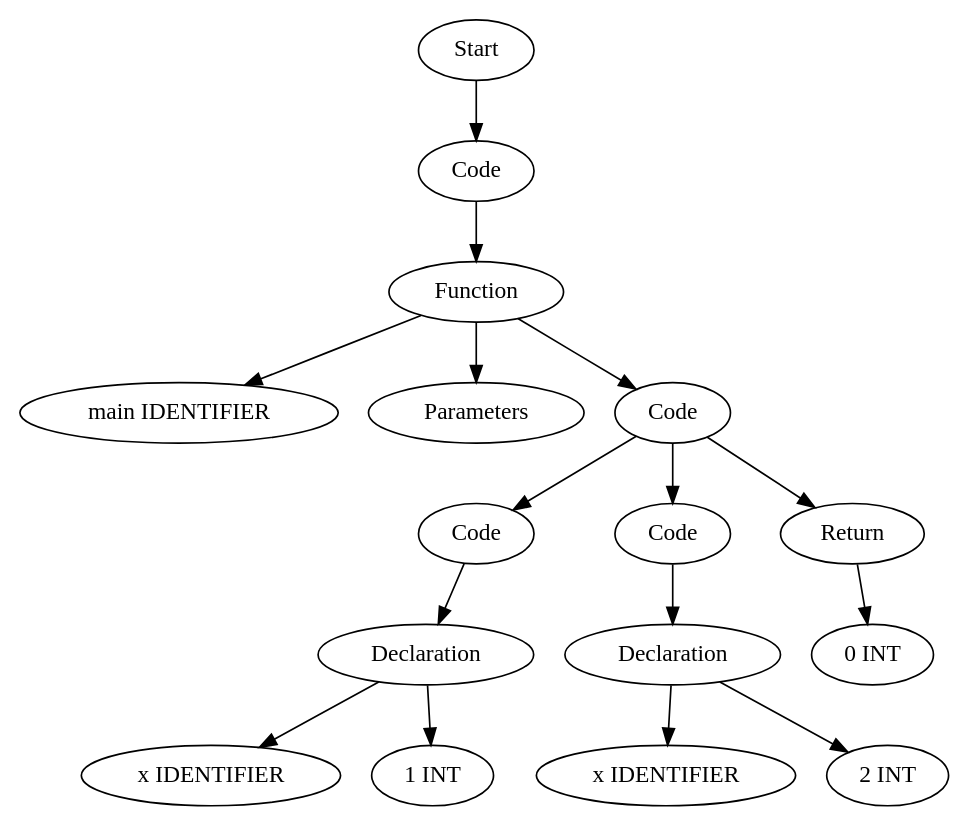
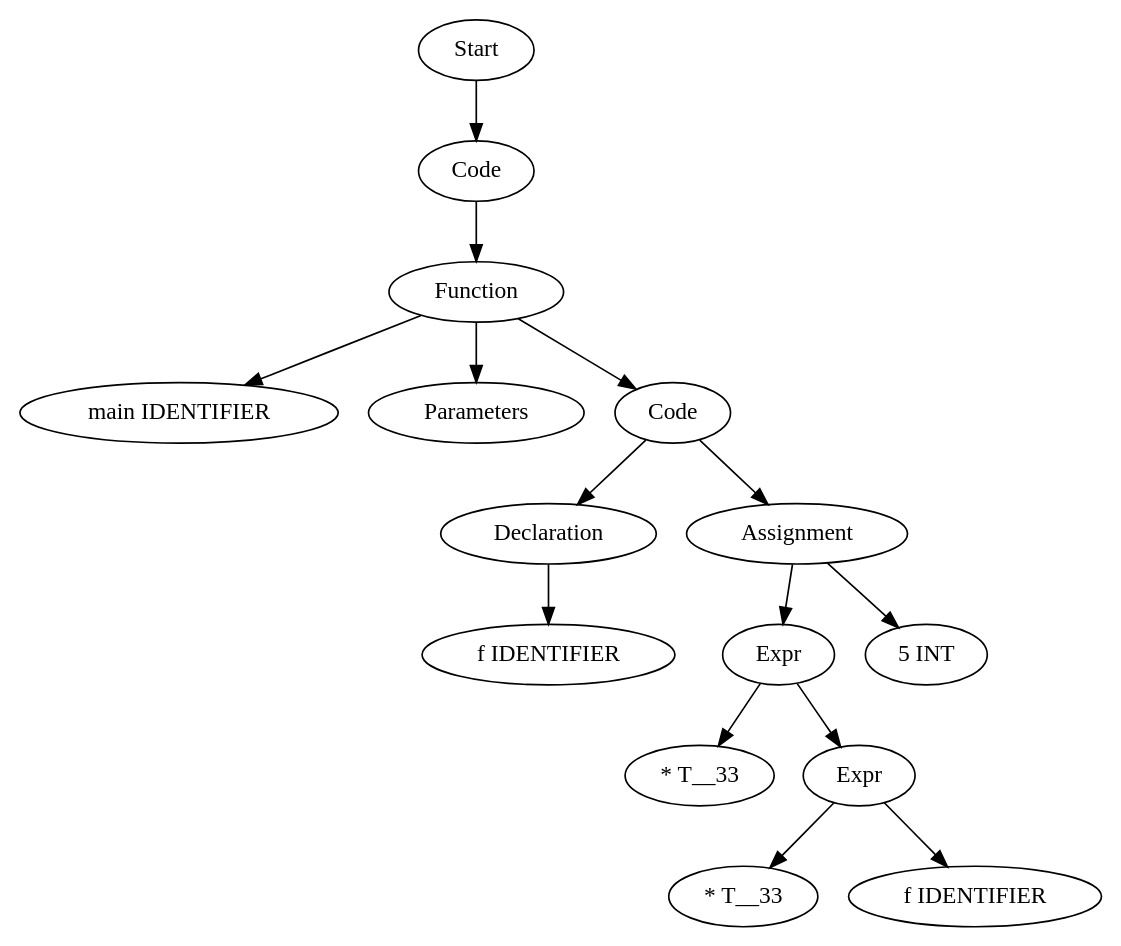
The diagram in TestCases/ASTTests/SemanticErrorsTests/createTests/read_file_before.dot (Are-you-listening/Compilers), drawn with Graphviz before and after one commit. The commit also changed 152 other files, not shown here.

```diff
--- a/TestCases/ASTTests/SemanticErrorsTests/createTests/read_file_before.dot
+++ b/TestCases/ASTTests/SemanticErrorsTests/createTests/read_file_before.dot
@@ -1,33 +1,31 @@
 digraph AST {
-  "126076286376000" [label="Start"];
-  "126076286376000" -> "126076286382048";
-  "126076286382048" [label="Code"];
-  "126076286382048" -> "126076286385024";
-  "126076286385024" [label="Function"];
-  "126076286385024" -> "126076286384832";
-  "126076286385024" -> "126076286386032";
-  "126076286385024" -> "126076286375280";
-  "126076286384832" [label="main IDENTIFIER"];
-  "126076286386032" [label="Parameters"];
-  "126076286375280" [label="Code"];
-  "126076286375280" -> "126076286385360";
-  "126076286375280" -> "126076286384592";
-  "126076286375280" -> "126076286435776";
-  "126076286385360" [label="Code"];
-  "126076286385360" -> "126076286384352";
-  "126076286384352" [label="Declaration"];
-  "126076286384352" -> "126076286385504";
-  "126076286384352" -> "126076286437744";
-  "126076286385504" [label="x IDENTIFIER"];
-  "126076286437744" [label="1 INT"];
-  "126076286384592" [label="Code"];
-  "126076286384592" -> "126076286435392";
-  "126076286435392" [label="Declaration"];
-  "126076286435392" -> "126076286435440";
-  "126076286435392" -> "126076286439424";
-  "126076286435440" [label="x IDENTIFIER"];
-  "126076286439424" [label="2 INT"];
-  "126076286435776" [label="Return"];
-  "126076286435776" -> "126076286435536";
-  "126076286435536" [label="0 INT"];
+  "133795317442464" [label="Start"];
+  "133795317442464" -> "133795317447696";
+  "133795317447696" [label="Code"];
+  "133795317447696" -> "133795317445104";
+  "133795317445104" [label="Function"];
+  "133795317445104" -> "133795317437328";
+  "133795317445104" -> "133795317438624";
+  "133795317445104" -> "133795317442272";
+  "133795317437328" [label="main IDENTIFIER"];
+  "133795317438624" [label="Parameters"];
+  "133795317442272" [label="Code"];
+  "133795317442272" -> "133795317437616";
+  "133795317442272" -> "133795317448128";
+  "133795317437616" [label="Declaration"];
+  "133795317437616" -> "133795317437136";
+  "133795317437136" [label="f IDENTIFIER"];
+  "133795317448128" [label="Assignment"];
+  "133795317448128" -> "133795317446880";
+  "133795317448128" -> "133795317442992";
+  "133795317446880" [label="Expr"];
+  "133795317446880" -> "133795317447360";
+  "133795317446880" -> "133795317432624";
+  "133795317447360" [label="* T__33"];
+  "133795317432624" [label="Expr"];
+  "133795317432624" -> "133795317444864";
+  "133795317432624" -> "133795317442320";
+  "133795317444864" [label="* T__33"];
+  "133795317442320" [label="f IDENTIFIER"];
+  "133795317442992" [label="5 INT"];
 }
```
